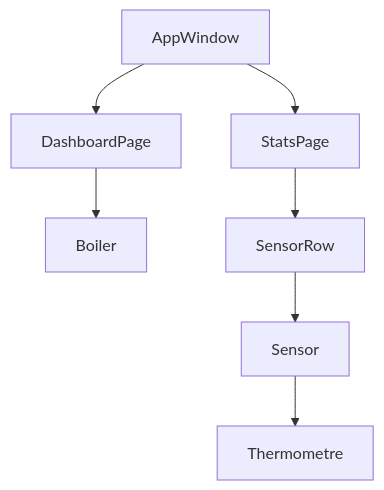
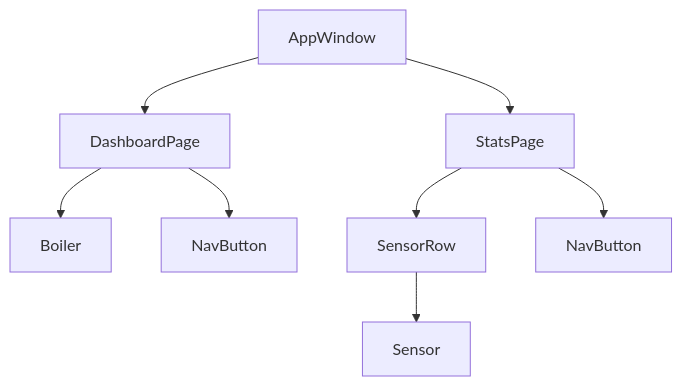
One commit to guycorbaz/boilert changed the diagram in SLINT_UI.md. Above: the diagram before and after it, drawn with Mermaid. The commit also changed other lines of this file and 13 other files, not shown here.

````diff
--- a/SLINT_UI.md
+++ b/SLINT_UI.md
@@ -11,9 +13,10 @@
 ```mermaid
 graph TD
     AW[AppWindow] --> DP[DashboardPage]
     AW --> SP[StatsPage]
     DP --> B[Boiler]
+    DP --> NB1[NavButton]
     SP --> SR[SensorRow]
+    SP --> NB2[NavButton]
     SR --> S[Sensor]
-    S --> T[Thermometre]
 ```
````
